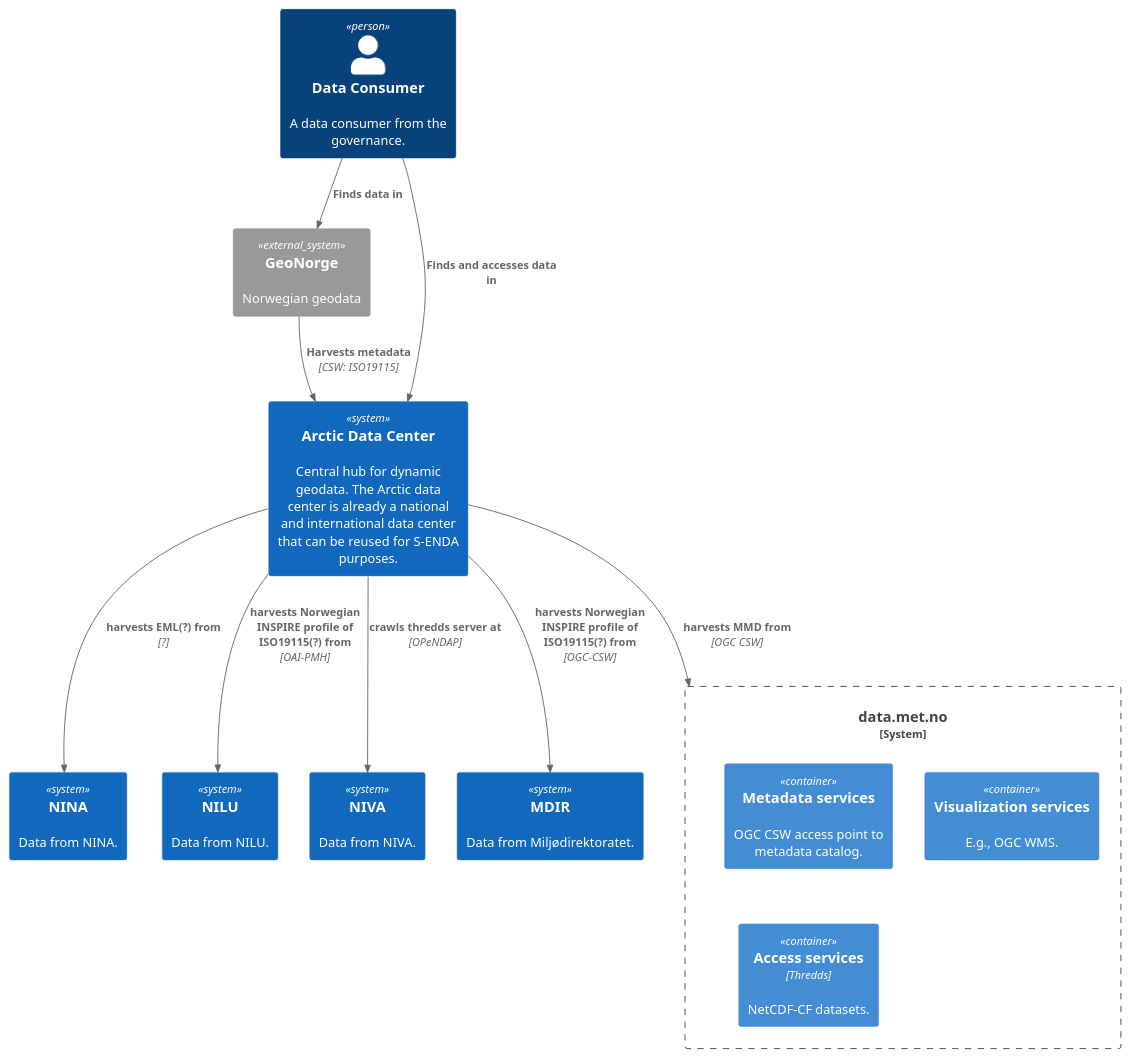
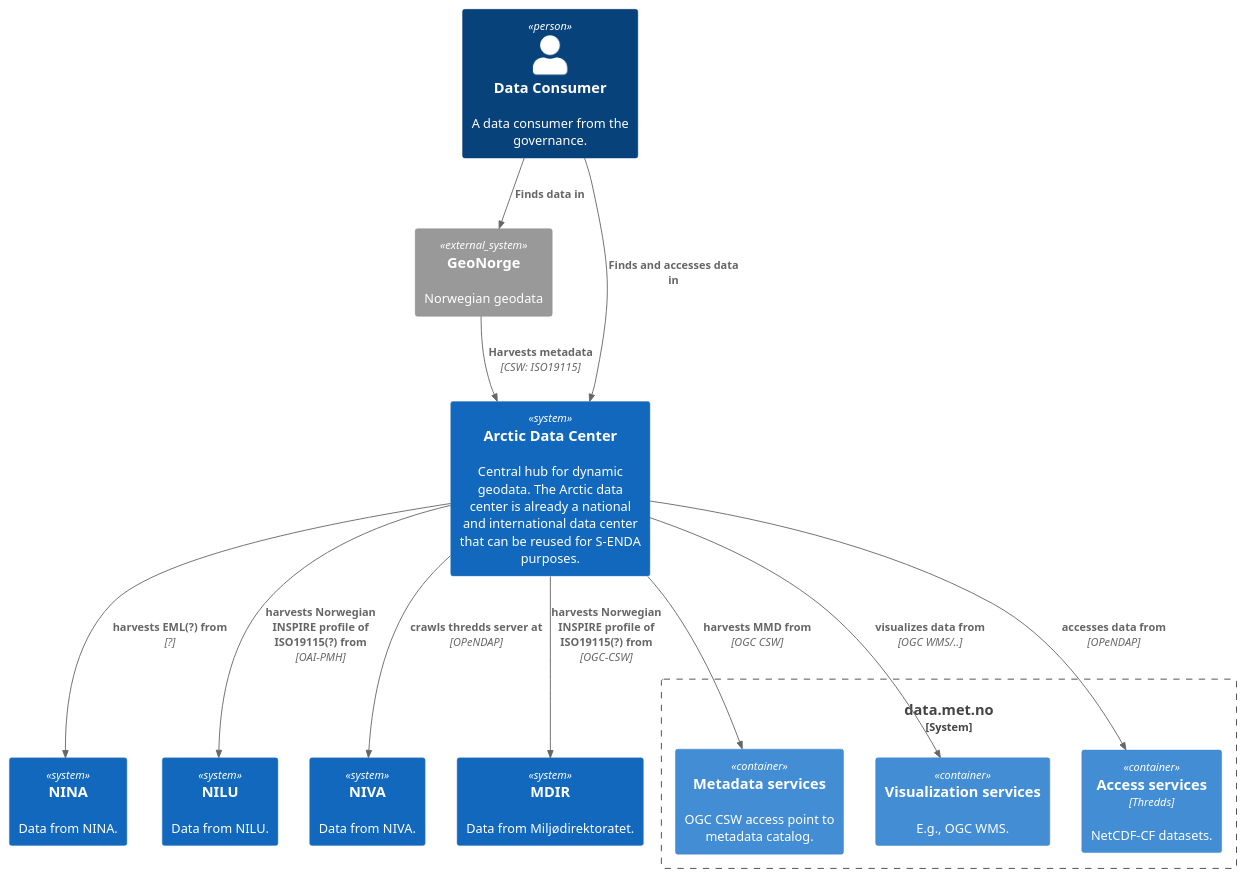
The diagram in source/puml/architecture/met_container_diagram.puml (metno/S-ENDA-documentation), drawn with PlantUML before and after one commit. The commit also changed 1 other file, not shown here.

```diff
--- a/source/puml/architecture/met_container_diagram.puml
+++ b/source/puml/architecture/met_container_diagram.puml
@@ -1,33 +1,35 @@
 @startuml met-container-diagram
 !include https://raw.githubusercontent.com/plantuml-stdlib/C4-PlantUML/master/C4_Container.puml
 
 LAYOUT_TOP_DOWN()
 'LAYOUT_LEFT_RIGHT()
 
 Person(consumers, "Data Consumer", "A data consumer from the governance.")
 
 System_Ext(geonorge, "GeoNorge", "Norwegian geodata")
 
 System(adc, "Arctic Data Center", "Central hub for dynamic geodata. The Arctic data center is already a national and international data center that can be reused for S-ENDA purposes.")
 
 System_Boundary(met, "data.met.no"){
   Container(catalog, "Metadata services", "", "OGC CSW access point to metadata catalog.")
   Container(vis, "Visualization services", "", "E.g., OGC WMS.")
   Container(access, "Access services", "Thredds", "NetCDF-CF datasets.")
 }
 
 System(nina, "NINA", "Data from NINA.")
 System(nilu, "NILU", "Data from NILU.")
 System(niva, "NIVA", "Data from NIVA.")
 System(mdir, "MDIR", "Data from Miljødirektoratet.")
 
 Rel(consumers, geonorge, "Finds data in")
 Rel(consumers, adc, "Finds and accesses data in")
 Rel(geonorge, adc, "Harvests metadata", "CSW: ISO19115")
-Rel(adc, met, "harvests MMD from", "OGC CSW")
+Rel(adc, catalog, "harvests MMD from", "OGC CSW")
+Rel(adc, vis, "visualizes data from", "OGC WMS/..")
+Rel(adc, access, "accesses data from", "OPeNDAP")
 Rel(adc, nina, "harvests EML(?) from", "?")
 Rel(adc, nilu, "harvests Norwegian INSPIRE profile of ISO19115(?) from", "OAI-PMH")
 Rel(adc, niva, "crawls thredds server at", "OPeNDAP")
 Rel(adc, mdir, "harvests Norwegian INSPIRE profile of ISO19115(?) from", "OGC-CSW")
 
 @enduml
```
